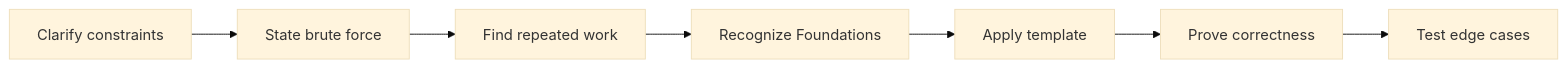
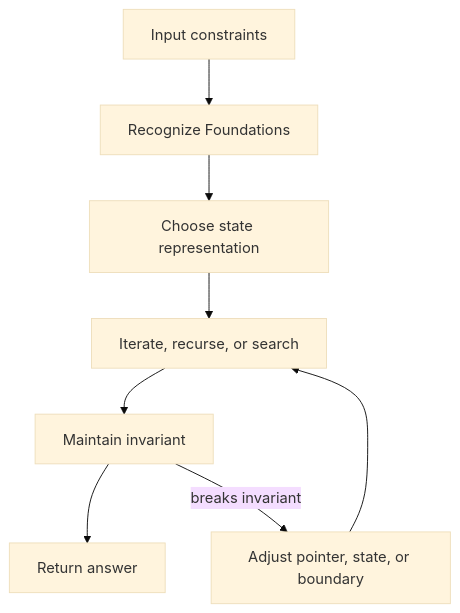
Before and after one commit to abstractinterviews/abstractinterviews.github.io: the second of 2 diagrams in coding-round/foundations/index.md, drawn with Mermaid (base theme). The commit also changed other lines of this file and 278 other files, not shown here.

````diff
--- a/coding-round/foundations/index.md
+++ b/coding-round/foundations/index.md
@@ -124,9 +122,10 @@
-~~~mermaid
-flowchart LR
-    A["Clarify constraints"] --> B["State brute force"]
-    B --> C["Find repeated work"]
-    C --> D["Recognize Foundations"]
-    D --> E["Apply template"]
-    E --> F["Prove correctness"]
-    F --> G["Test edge cases"]
-~~~
+```mermaid
+flowchart TD
+    Input["Input constraints"] --> Pattern["Recognize Foundations"]
+    Pattern --> State["Choose state representation"]
+    State --> Iterate["Iterate, recurse, or search"]
+    Iterate --> Check["Maintain invariant"]
+    Check --> Result["Return answer"]
+    Check -->|breaks invariant| Fix["Adjust pointer, state, or boundary"]
+    Fix --> Iterate
+```
````
